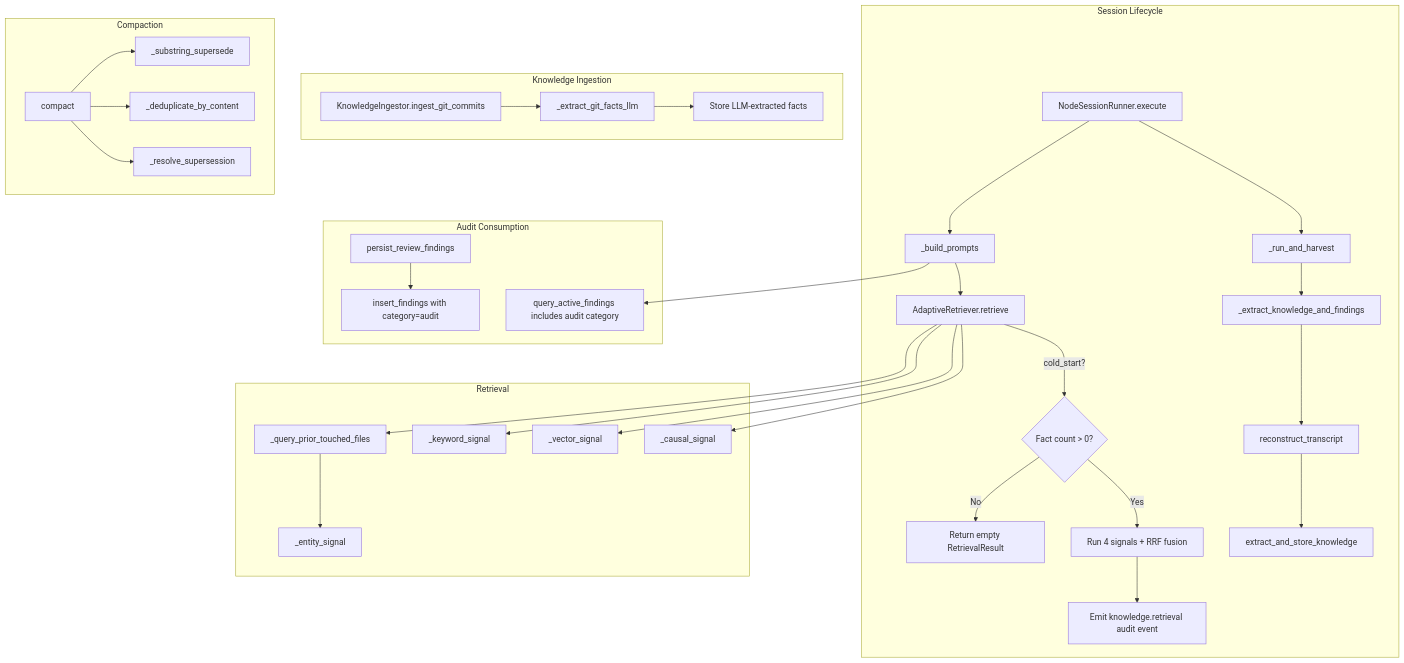
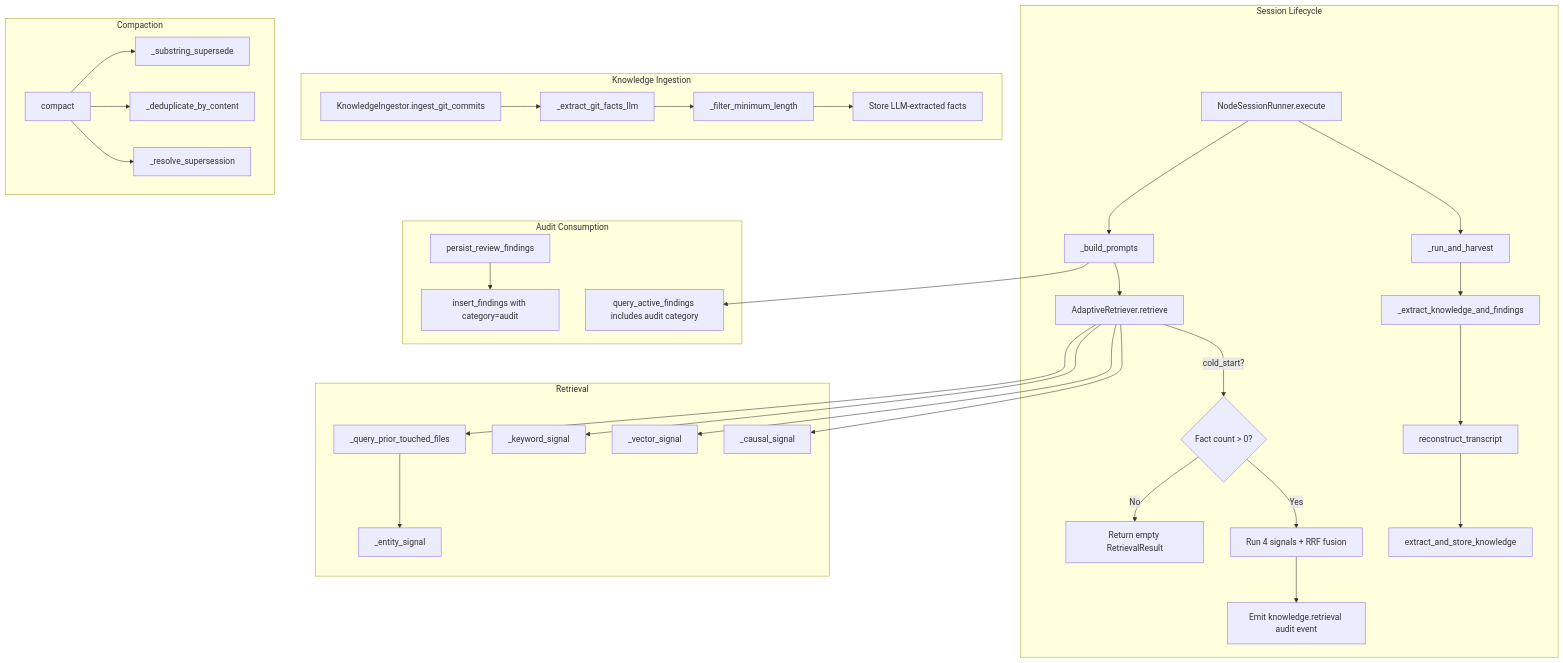
One commit to agent-fox-dev/agent-fox-v2 changed the first of 2 diagrams in .agent-fox/specs/113_knowledge_effectiveness/design.md. Above: the diagram before and after it, drawn with Mermaid. The commit also changed other lines of this file and 2 other files, not shown here.

````diff
--- a/.agent-fox/specs/113_knowledge_effectiveness/design.md
+++ b/.agent-fox/specs/113_knowledge_effectiveness/design.md
@@ -15,39 +15,40 @@
 ```mermaid
 flowchart TD
     subgraph Session Lifecycle
         A[NodeSessionRunner.execute] --> B[_build_prompts]
         B --> C[AdaptiveRetriever.retrieve]
         C -->|cold_start?| D{Fact count > 0?}
         D -->|No| E[Return empty RetrievalResult]
         D -->|Yes| F[Run 4 signals + RRF fusion]
         F --> G[Emit knowledge.retrieval audit event]
         A --> H[_run_and_harvest]
         H --> I[_extract_knowledge_and_findings]
         I --> J[reconstruct_transcript]
         J --> K[extract_and_store_knowledge]
     end
 
     subgraph Knowledge Ingestion
         L[KnowledgeIngestor.ingest_git_commits] --> M[_extract_git_facts_llm]
-        M --> N[Store LLM-extracted facts]
+        M --> M2[_filter_minimum_length]
+        M2 --> N[Store LLM-extracted facts]
     end
 
     subgraph Retrieval
         C --> O[_query_prior_touched_files]
         O --> P[_entity_signal]
         C --> Q[_keyword_signal]
         C --> R[_vector_signal]
         C --> S[_causal_signal]
     end
 
     subgraph Compaction
         T[compact] --> U[_substring_supersede]
         T --> V[_deduplicate_by_content]
         T --> W[_resolve_supersession]
     end
 
     subgraph Audit Consumption
         X[persist_review_findings] --> Y[insert_findings with category=audit]
         B --> Z[query_active_findings includes audit category]
     end
 ```
````
